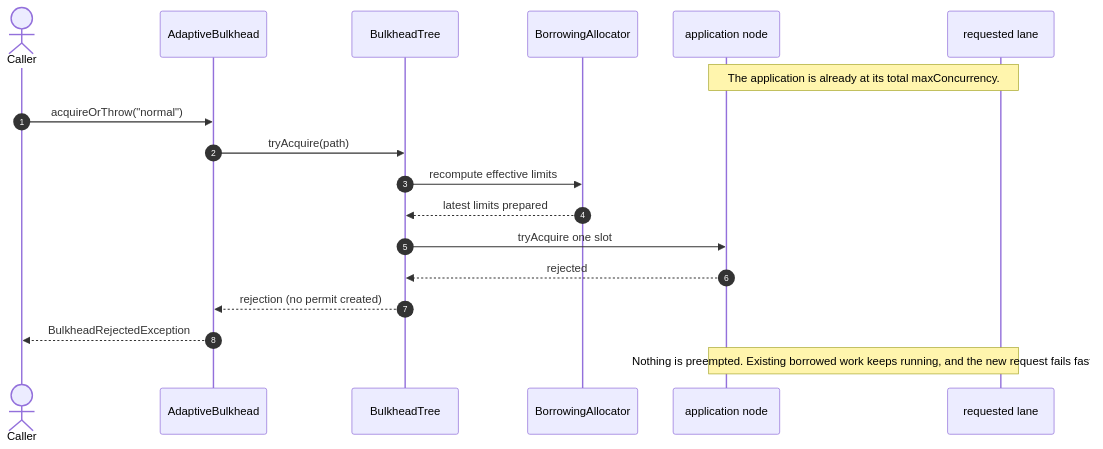
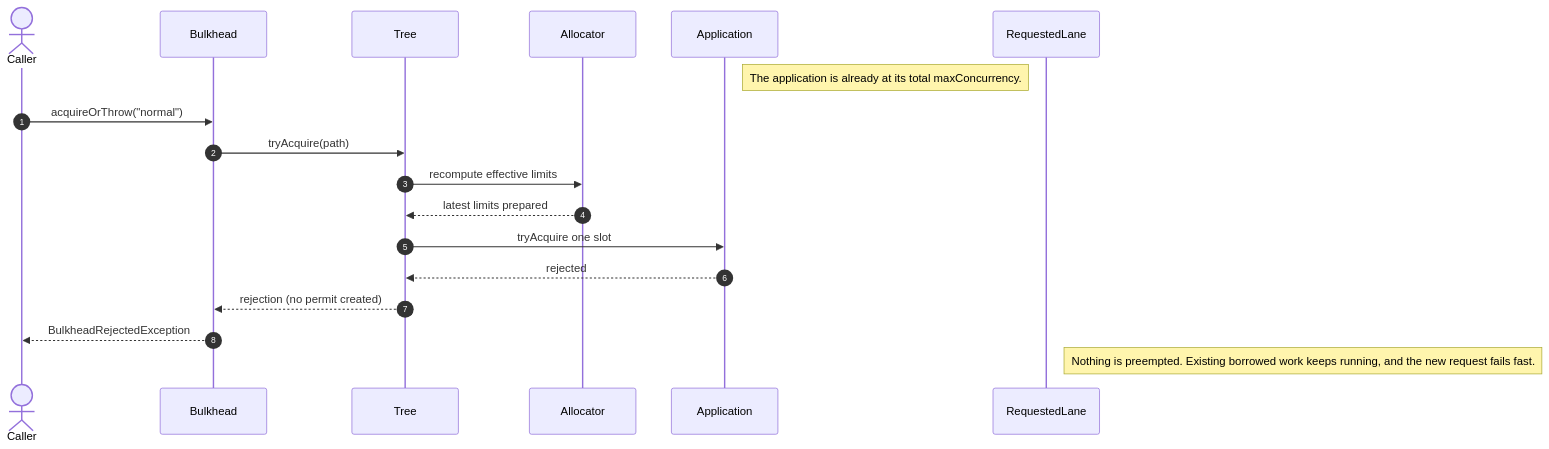
One commit to rrobetti/adaptive-bulkhead changed the third of 4 diagrams in docs/sequence-diagrams.md. Above: the diagram before and after it, drawn with Mermaid. The commit also changed other lines of this file, not shown here.

Commit message:
docs: simplify Mermaid sequence diagrams

````diff
--- a/docs/sequence-diagrams.md
+++ b/docs/sequence-diagrams.md
@@ -82,21 +80,20 @@
 ```mermaid
 sequenceDiagram
     autonumber
     actor Caller
-    participant AB as AdaptiveBulkhead
-    participant Tree as BulkheadTree
-    participant Alloc as BorrowingAllocator
-    participant App as application node
-    participant Lane as requested lane
-
-    Note over App,Lane: The application is already at its total maxConcurrency.
-    Caller->>AB: acquireOrThrow("normal")
-    AB->>Tree: tryAcquire(path)
-    Tree->>Alloc: recompute effective limits
-    Alloc-->>Tree: latest limits prepared
-    Tree->>App: tryAcquire one slot
-    App-->>Tree: rejected
-    Tree-->>AB: rejection (no permit created)
-    AB-->>Caller: BulkheadRejectedException
-    Note over App,Lane: Nothing is preempted. Existing borrowed work keeps running, and the new request fails fast.
+    participant Bulkhead
+    participant Tree
+    participant Allocator
+    participant Application
+    participant RequestedLane
+    Note right of Application: The application is already at its total maxConcurrency.
+    Caller->>Bulkhead: acquireOrThrow("normal")
+    Bulkhead->>Tree: tryAcquire(path)
+    Tree->>Allocator: recompute effective limits
+    Allocator-->>Tree: latest limits prepared
+    Tree->>Application: tryAcquire one slot
+    Application-->>Tree: rejected
+    Tree-->>Bulkhead: rejection (no permit created)
+    Bulkhead-->>Caller: BulkheadRejectedException
+    Note right of RequestedLane: Nothing is preempted. Existing borrowed work keeps running, and the new request fails fast.
 ```
````
